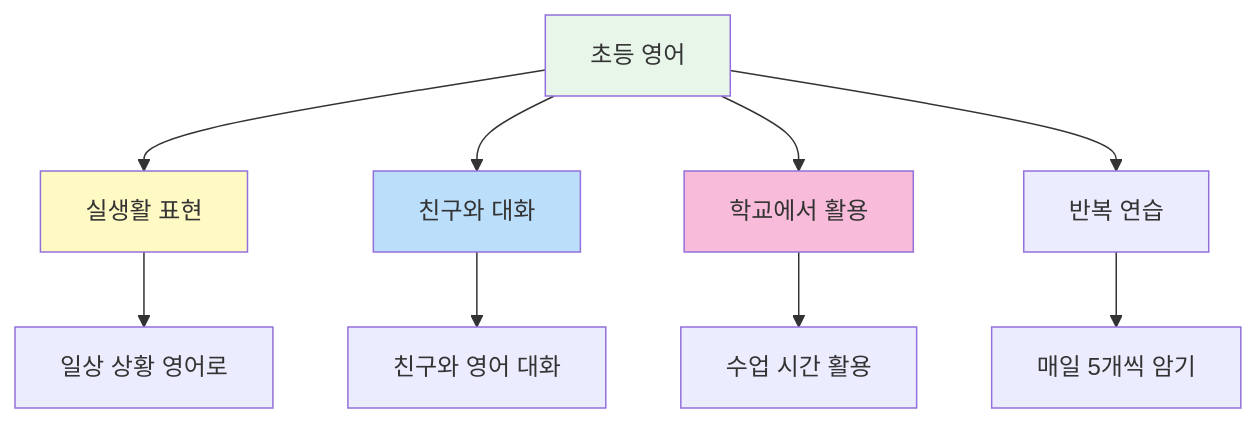
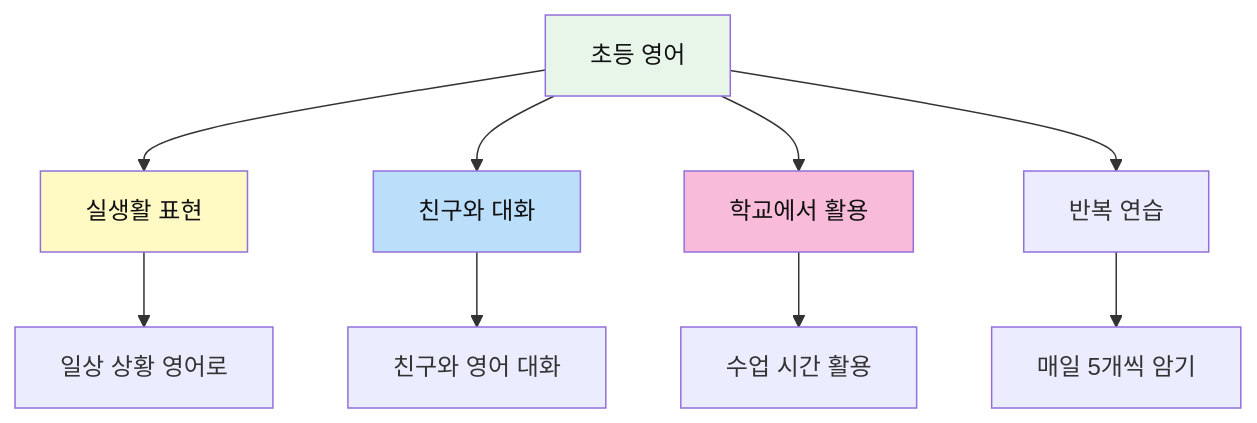
One commit to Collegenie-X/AI-English changed the fifth of 5 diagrams in 영어_일상_회화/english-patterns-elementary.md. Above: the diagram before and after it, drawn with Mermaid. The commit also changed other lines of this file and 26 other files, not shown here.

````diff
--- a/영어_일상_회화/english-patterns-elementary.md
+++ b/영어_일상_회화/english-patterns-elementary.md
@@ -452,17 +452,17 @@
 ```mermaid
 flowchart TB
     A[초등 영어] --> B[실생활 표현]
     A --> C[친구와 대화]
     A --> D[학교에서 활용]
     A --> E[반복 연습]
     
     B --> B1["일상 상황 영어로"]
     C --> C1["친구와 영어 대화"]
     D --> D1["수업 시간 활용"]
     E --> E1["매일 5개씩 암기"]
     
-    style A fill:#e8f5e9
-    style B fill:#fff9c4
-    style C fill:#bbdefb
-    style D fill:#f8bbd9
+    style A fill:#e8f5e9,color:#111
+    style B fill:#fff9c4,color:#111
+    style C fill:#bbdefb,color:#111
+    style D fill:#f8bbd9,color:#111
 ```
````
